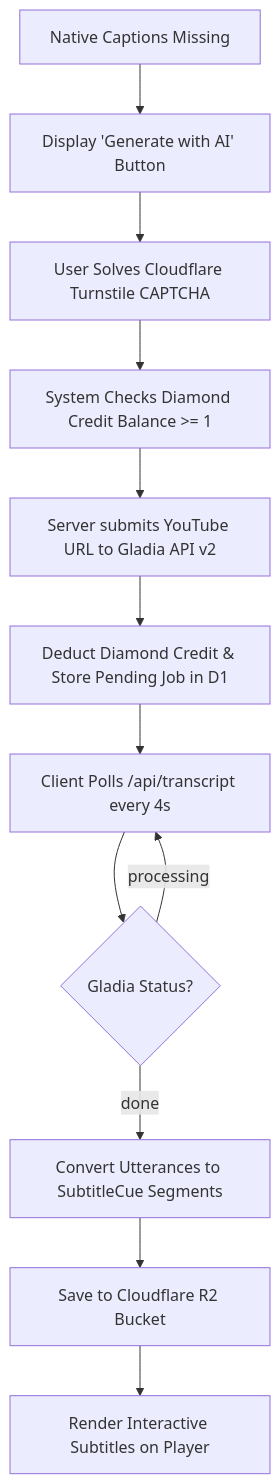
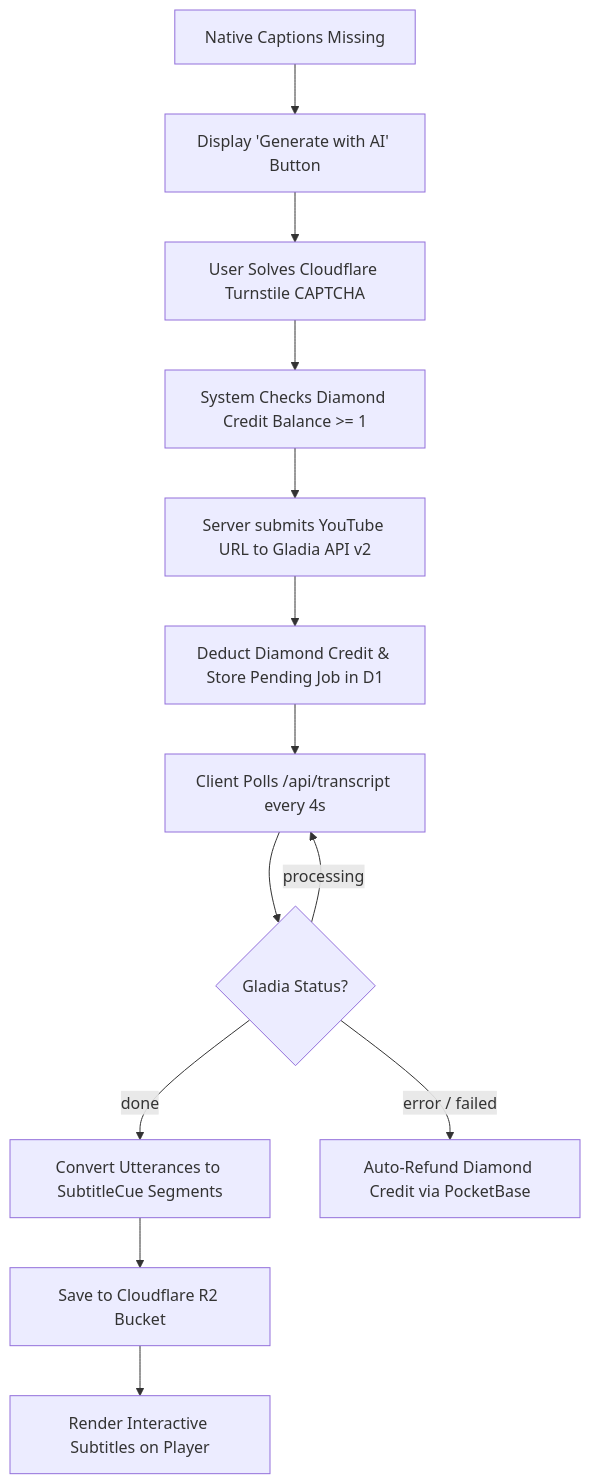
One commit to ghuyphan/LinguaTube changed the diagram in doc/features.md. Above: the diagram before and after it, drawn with Mermaid. The commit also changed other lines of this file and 70 other files, not shown here.

First line of the commit message:
refactor: comprehensive architectural hardening, security, and modernization

````diff
--- a/doc/features.md
+++ b/doc/features.md
@@ -86,14 +88,15 @@
 ```mermaid
 graph TD
     A[Native Captions Missing] --> B[Display 'Generate with AI' Button]
     B --> C[User Solves Cloudflare Turnstile CAPTCHA]
     C --> D[System Checks Diamond Credit Balance >= 1]
     D --> E[Server submits YouTube URL to Gladia API v2]
     E --> F[Deduct Diamond Credit & Store Pending Job in D1]
     F --> G[Client Polls /api/transcript every 4s]
     G --> H{Gladia Status?}
     H -->|processing| G
     H -->|done| I[Convert Utterances to SubtitleCue Segments]
+    H -->|error / failed| R[Auto-Refund Diamond Credit via PocketBase]
     I --> J[Save to Cloudflare R2 Bucket]
     J --> K[Render Interactive Subtitles on Player]
 ```
````
